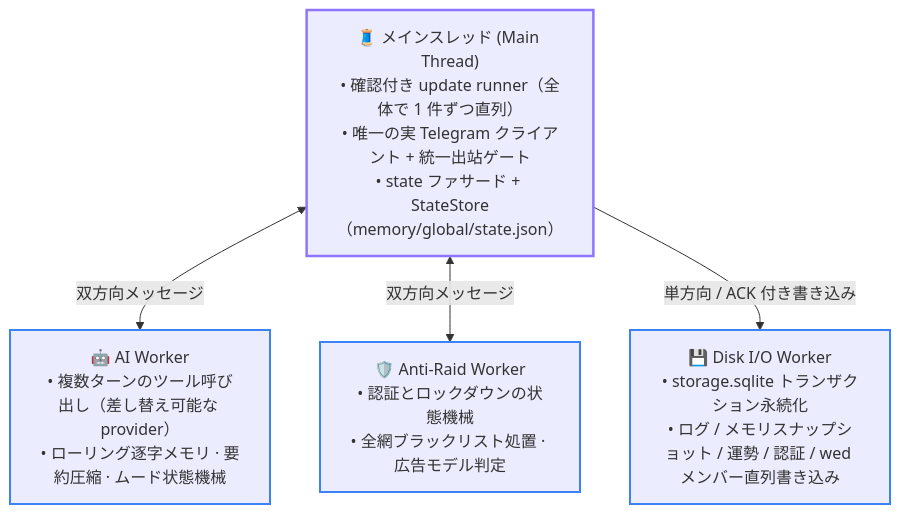
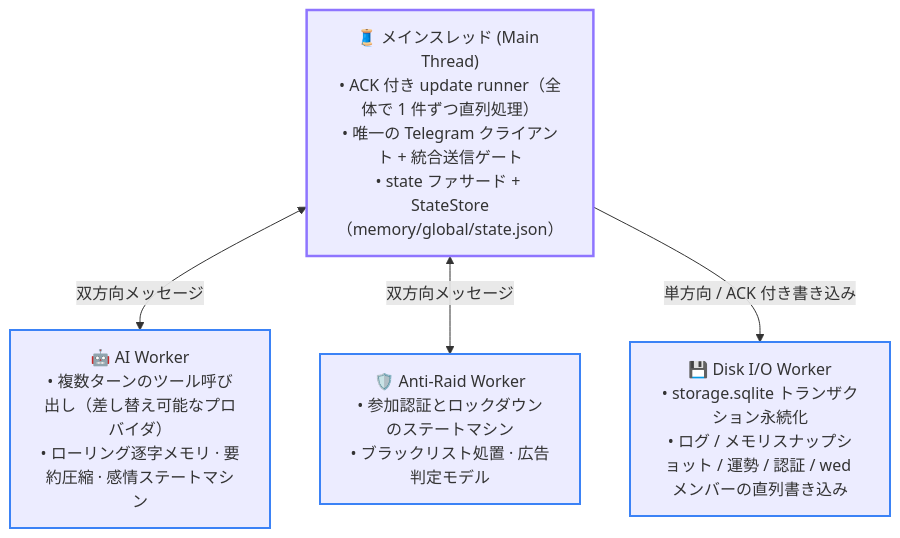
One commit to Asashishi/copy_ninjia changed the first of 2 diagrams in docs/ja/02-architecture.md. Above: the diagram before and after it, drawn with Mermaid. The commit also changed other lines of this file and 1078 other files, not shown here.

````diff
--- a/docs/ja/02-architecture.md
+++ b/docs/ja/02-architecture.md
@@ -17,14 +17,14 @@
 ```mermaid
 flowchart TD
     classDef main stroke:#8e75ff,stroke-width:2.5px;
     classDef worker stroke:#3b82f6,stroke-width:2px;
 
-    MAIN["🧵 メインスレッド (Main Thread)<br/>• 確認付き update runner（全体で 1 件ずつ直列）<br/>• 唯一の実 Telegram クライアント + 統一出站ゲート<br/>• state ファサード + StateStore（memory/global/state.json）"]:::main
-    AI["🤖 AI Worker<br/>• 複数ターンのツール呼び出し（差し替え可能な provider）<br/>• ローリング逐字メモリ · 要約圧縮 · ムード状態機械"]:::worker
-    RAID["🛡️ Anti-Raid Worker<br/>• 認証とロックダウンの状態機械<br/>• 全網ブラックリスト処置 · 広告モデル判定"]:::worker
-    DISK["💾 Disk I/O Worker<br/>• storage.sqlite トランザクション永続化<br/>• ログ / メモリスナップショット / 運勢 / 認証 / wed メンバー直列書き込み"]:::worker
+    MAIN["🧵 メインスレッド (Main Thread)<br/>• ACK 付き update runner（全体で 1 件ずつ直列処理）<br/>• 唯一の Telegram クライアント + 統合送信ゲート<br/>• state ファサード + StateStore（memory/global/state.json）"]:::main
+    AI["🤖 AI Worker<br/>• 複数ターンのツール呼び出し（差し替え可能なプロバイダ）<br/>• ローリング逐字メモリ · 要約圧縮 · 感情ステートマシン"]:::worker
+    RAID["🛡️ Anti-Raid Worker<br/>• 参加認証とロックダウンのステートマシン<br/>• ブラックリスト処置 · 広告判定モデル"]:::worker
+    DISK["💾 Disk I/O Worker<br/>• storage.sqlite トランザクション永続化<br/>• ログ / メモリスナップショット / 運勢 / 認証 / wed メンバーの直列書き込み"]:::worker
 
     MAIN <-->|双方向メッセージ| AI
     MAIN <-->|双方向メッセージ| RAID
     MAIN -->|単方向 / ACK 付き書き込み| DISK
 ```
````
